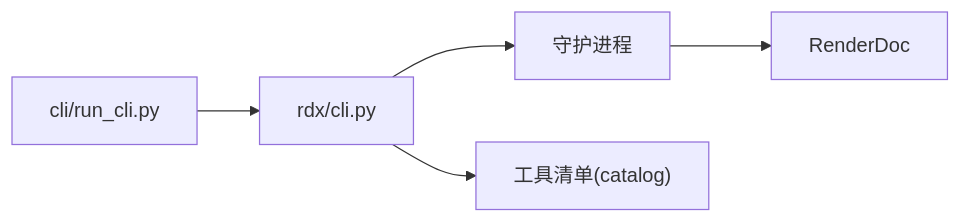
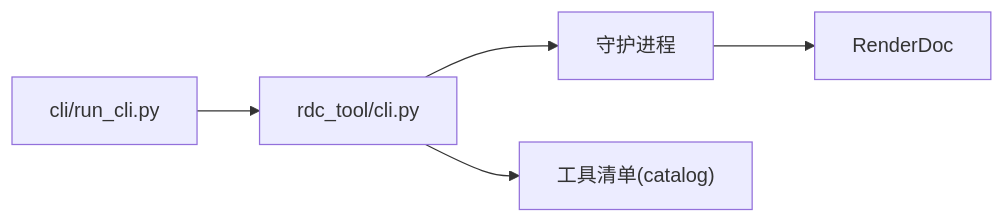
One commit to haolange/RDC-Tool changed the fourth of 4 diagrams in .qoder/repowiki/zh/content/项目概述/快速开始.md. Above: the diagram before and after it, drawn with Mermaid. The commit also changed other lines of this file and 388 other files, not shown here.

First line of the commit message:
Release RDC-Tool identity and public maintenance surface

````diff
--- a/.qoder/repowiki/zh/content/项目概述/快速开始.md
+++ b/.qoder/repowiki/zh/content/项目概述/快速开始.md
@@ -204,7 +204,7 @@
 ```mermaid
 graph LR
-L["cli/run_cli.py"] --> C["rdx/cli.py"]
+L["cli/run_cli.py"] --> C["rdc_tool/cli.py"]
 C --> D["守护进程"]
 C --> K["工具清单(catalog)"]
 D --> R["RenderDoc"]
 ```
````
